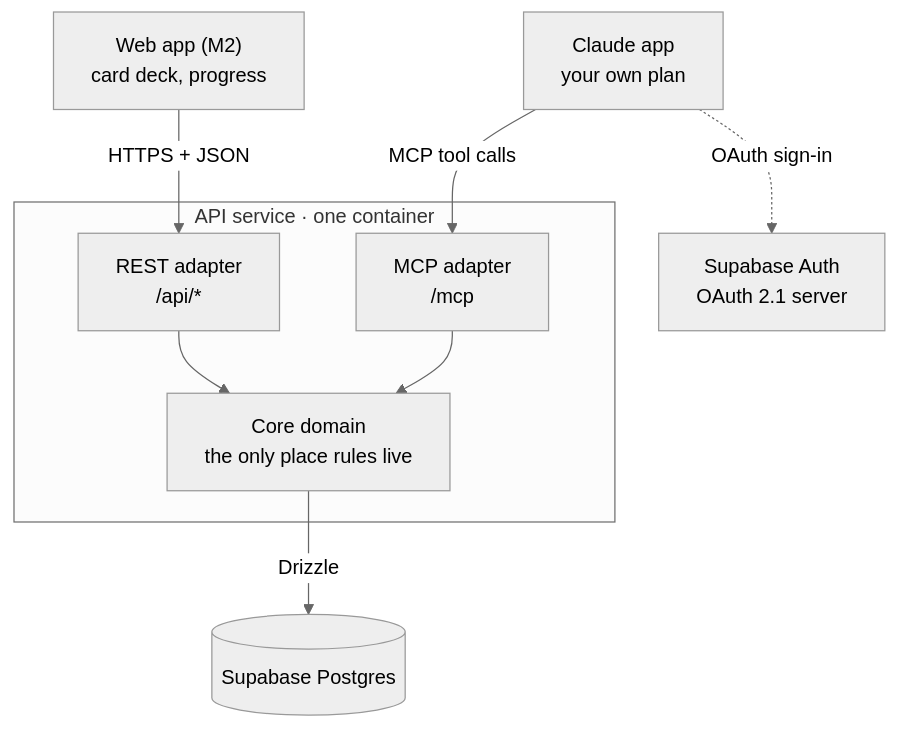
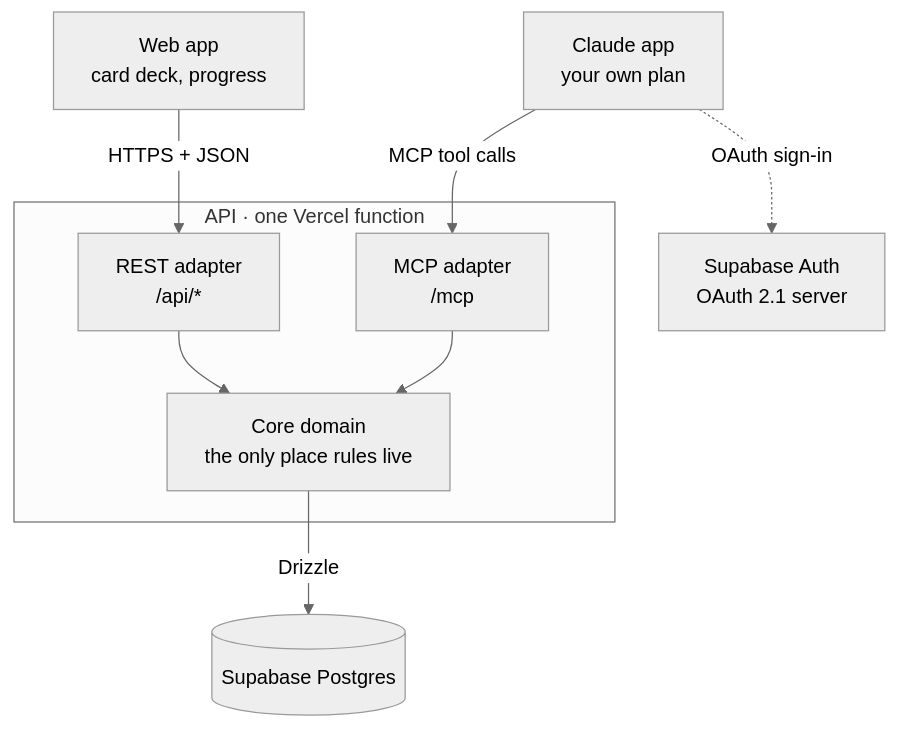
One commit to Solivagant14/prepup changed the diagram in README.md. Above: the diagram before and after it, drawn with Mermaid (neutral theme). The commit also changed other lines of this file and 32 other files, not shown here.

First line of the commit message:
M2: card deck web app, and one Vercel project for web + API

````diff
--- a/README.md
+++ b/README.md
@@ -9,14 +9,14 @@
 ```mermaid
 flowchart TB
-  web["Web app (M2)<br/>card deck, progress"] -->|HTTPS + JSON| rest
+  web["Web app<br/>card deck, progress"] -->|HTTPS + JSON| rest
   claude["Claude app<br/>your own plan"] -->|MCP tool calls| mcp
-  subgraph api["API service · one container"]
+  subgraph api["API · one Vercel function"]
     rest["REST adapter<br/>/api/*"]
     mcp["MCP adapter<br/>/mcp"]
     core["Core domain<br/>the only place rules live"]
     rest --> core
     mcp --> core
   end
   core -->|Drizzle| db[("Supabase Postgres")]
   claude -. OAuth sign-in .-> sauth["Supabase Auth<br/>OAuth 2.1 server"]
 ```
````
